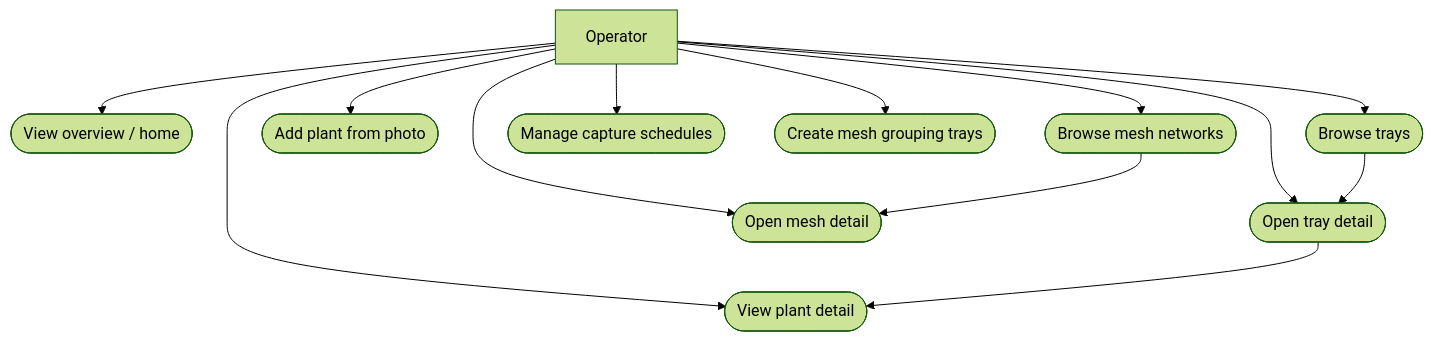
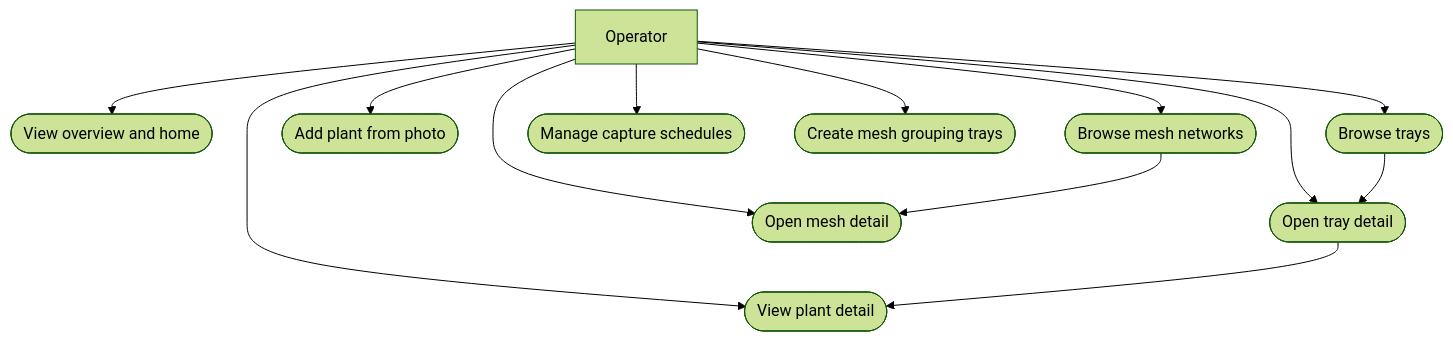
The first of 3 diagrams in docs/diagrams/04-use-cases.md (Agri-Home/agrihome), drawn with Mermaid (forest theme) before and after one commit. The commit also changed other lines of this file and 1 other file, not shown here.

Commit message:
chore: fix diagram docs[ci skip]

````diff
--- a/docs/diagrams/04-use-cases.md
+++ b/docs/diagrams/04-use-cases.md
@@ -7,28 +7,28 @@
 ```mermaid
 flowchart TB
   Actor[Operator]
 
-  UC1([View overview / home])
+  UC1([View overview and home])
   UC2([Browse trays])
   UC3([Open tray detail])
   UC4([View plant detail])
   UC5([Add plant from photo])
   UC6([Browse mesh networks])
   UC7([Open mesh detail])
   UC8([Manage capture schedules])
   UC9([Create mesh grouping trays])
 
   Actor --> UC1
   Actor --> UC2
   Actor --> UC3
   Actor --> UC4
   Actor --> UC5
   Actor --> UC6
   Actor --> UC7
   Actor --> UC8
   Actor --> UC9
 
   UC3 --> UC4
   UC2 --> UC3
   UC6 --> UC7
 ```
````
